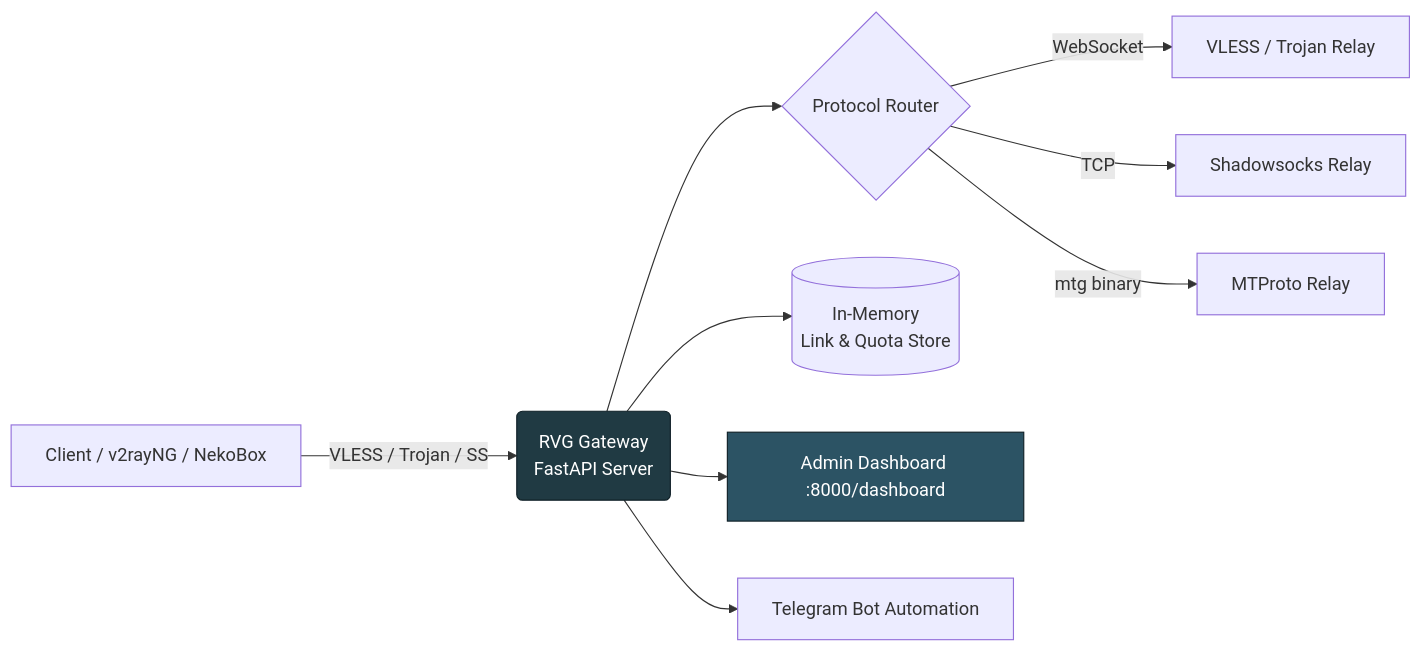
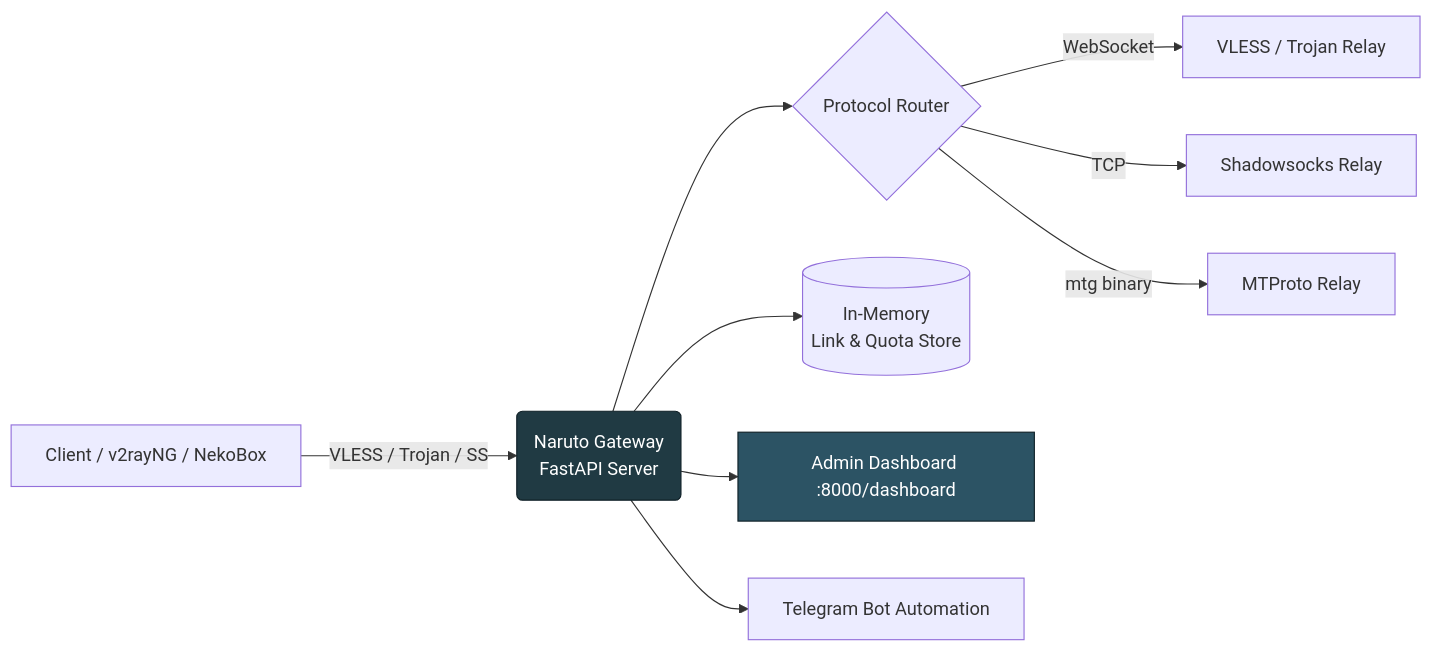
Before and after one commit to asssddddd2ddcc-ai/NRPNeL: the first of 2 diagrams in README.md, drawn with Mermaid. The commit also changed other lines of this file, not shown here.

````diff
--- a/README.md
+++ b/README.md
@@ -125,13 +125,13 @@
 ```mermaid
 flowchart LR
-    A[Client / v2rayNG / NekoBox] -->|VLESS / Trojan / SS| B(RVG Gateway<br/>FastAPI Server)
+    A[Client / v2rayNG / NekoBox] -->|VLESS / Trojan / SS| B(Naruto Gateway<br/>FastAPI Server)
     B --> C{Protocol Router}
     C -->|WebSocket| D[VLESS / Trojan Relay]
     C -->|TCP| E[Shadowsocks Relay]
     C -->|mtg binary| F[MTProto Relay]
     B --> G[(In-Memory<br/>Link & Quota Store)]
     B --> H[Admin Dashboard :8000/dashboard]
     B --> I[Telegram Bot Automation]
     style B fill:#203a43,stroke:#0f2027,color:#fff
     style H fill:#2c5364,stroke:#0f2027,color:#fff
 ```
````
